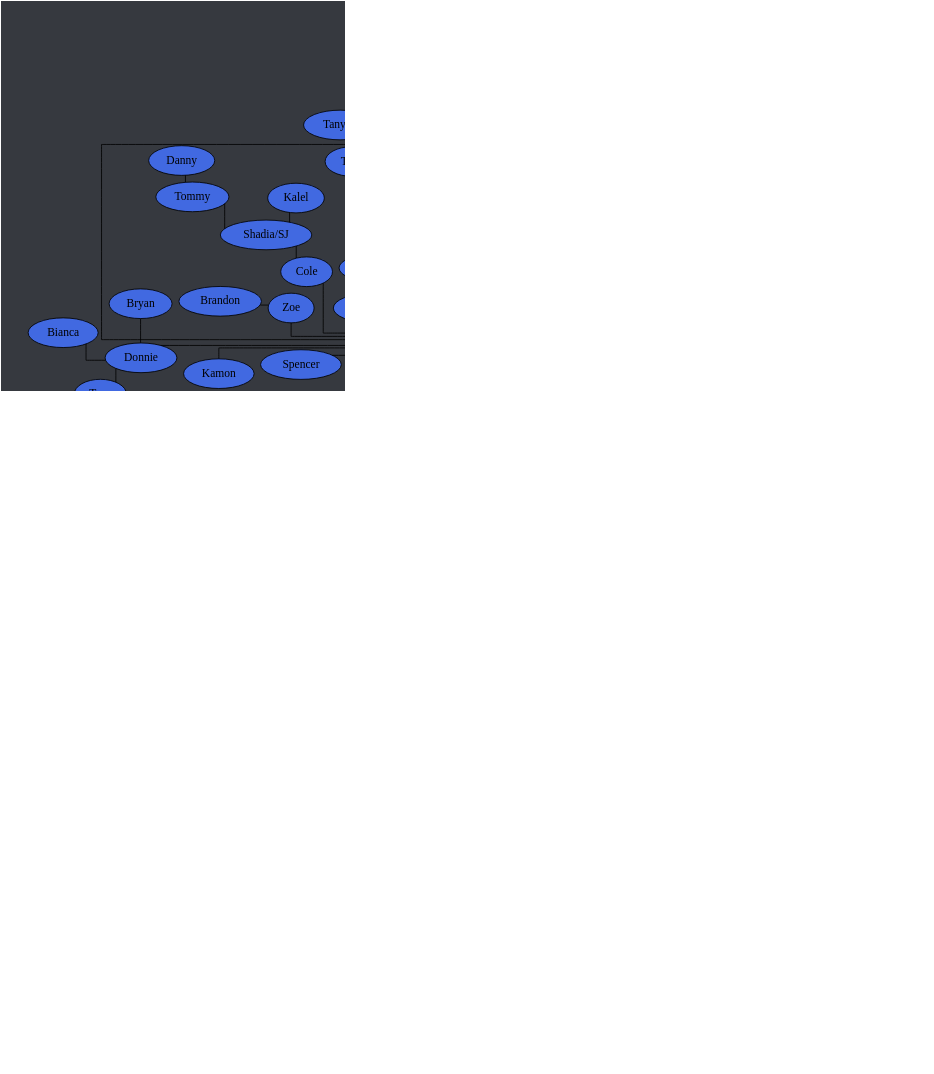
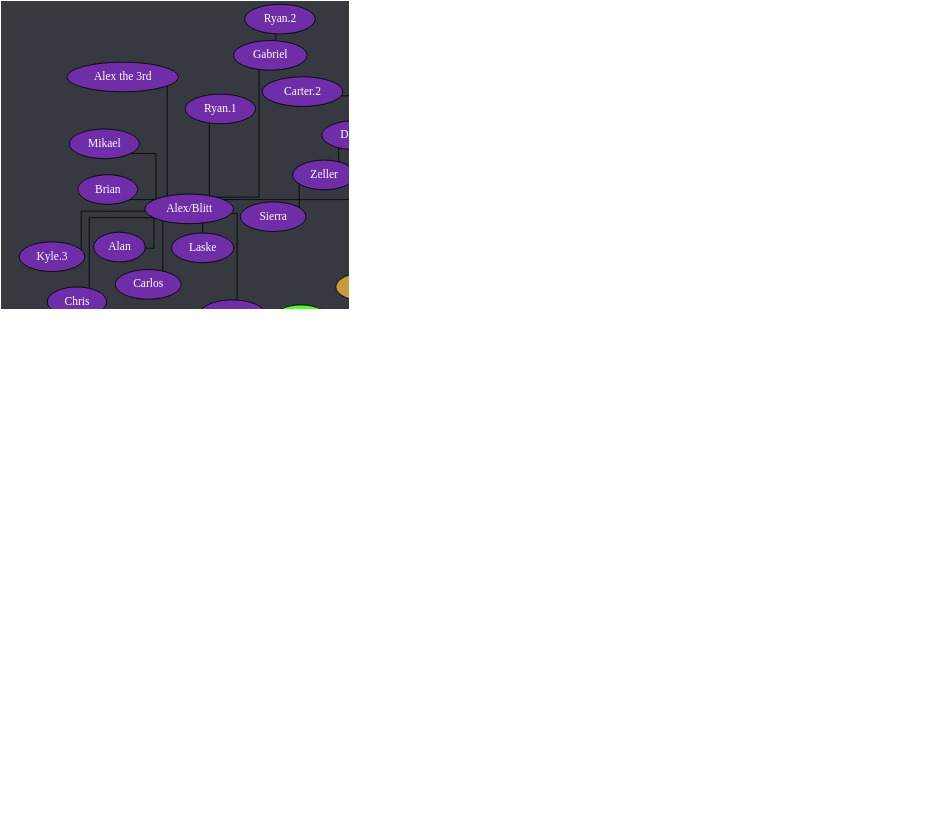
Before and after one commit to Documidas/CoronaCatzFamilyTree: the diagram in tree.dot, drawn with Graphviz. The commit also changed 1 other file, not shown here.

```diff
--- a/tree.dot
+++ b/tree.dot
@@ -1,179 +1,180 @@
 strict graph {
 	// Layout Configuration
 	layout = neato;
 	dpi = 200;
 	epsilon = 0.01;
 	mode = major;
 	model = subset;
 	overlap = false;
 	splines = ortho;
 	start = rand;
 
 	// Visual Configuration
 	graph [ truecolor=true bgcolor="#36393f" ];
 	node [ style=filled fillcolor="gray" fontcolor="black" ];
 
 	subgraph "Joel" {
 		node [ style=filled fillcolor="firebrick4" fontcolor="white" ];
 		Joel [ style=filled fillcolor="gold" fontcolor="black" ];
 
 		Cayla -- Ali;
 		Cayla -- Jonathan;
 		Cayla -- Kate;
 		Cayla -- Ranger;
 		Joel -- Anders;
 		Joel -- Cayla;
 		Joel -- Conner;
 		Joel -- Jared;
 		Joel -- Kat;
 		Joel -- Patrick;
 		Joel -- Steven;
 	}
 
 	subgraph "Anders" {
 		node [ style=filled fillcolor="green4" fontcolor="white" ];
 		// Anders [ style=filled fillcolor="green4" fontcolor="white" ];
 
 		Anders -- Chiara;
 		Anders -- Cody;
 		Anders -- Daniel;
 		Anders -- Derek;
 		Anders -- DJ;
 		Anders -- Hahnur;
 		Anders -- Jen;
 		Anders -- "Matt.2";
 		Anders -- Solis;
 		Anders -- Will;
 		Anders -- Wyatt;
 		Anders -- Zach;
 	}
 
 	subgraph "Jared" {
 		node [ style=filled fillcolor="royalblue" fontcolor="black" ];
 		// Jared [ style=filled fillcolor="royalblue" fontcolor="black" ];
 
 		Andrew -- Hannah;
 		Cole -- "Shadia/SJ";
 		Donnie -- Bianca;
 		Donnie -- Bryan;
 		Donnie -- Troy;
 		Greg -- Andrew;
 		Greg -- "Carter.1";
 		Greg -- Ina;
 		Greg -- "John Boi";
 		Greg -- Tails;
 		Greg -- Tanyon;
 		Hannah -- Raana;
 		Jared -- Brandi;
 		Jared -- Dave;
 		Jared -- Donnie;
 		Jared -- Fabi;
 		Jared -- "Jack.2";
 		Jared -- Cole;
 		Jared -- Kamon;
 		Jared -- Greg;
 		Jared -- Isabelle;
 		Jared -- Mason;
 		Jared -- "Matt.1";
 		Jared -- Mehmet;
 		Jared -- Nam;
 		Jared -- Pixie;
 		Jared -- Shannon;
 		Jared -- Spencer;
 		Jared -- Tyler;
 		Jared -- "Zach/Laniakea";
 		Jared -- Zoe;
 		"John Boi" -- Hardie;
 		"Shadia/SJ" -- Kalel;
 		"Shadia/SJ" -- Tommy;
 		Tommy -- Danny;
 		Troy -- Drake;
 		Tyler -- Gaby;
 		Zoe -- Brandon;
 	}
 
 	subgraph "Zach/Laniakea" {
 		node [ style=filled fillcolor="#4eff2c" fontcolor="black" ];
 		// "Zach/Laniakea" [ style=filled fillcolor="#4eff2c" fontcolor="black" ];
 
 		"Caio.2" -- "Kyle.1";
 		"Caio.2" -- Lucas;
 		Kuri -- "Andrew/Spook";
 		Kuri -- Jon;
 		Kuri -- Karma;
+		Kuri -- Ram;
 		"Ryan/Wenger" -- Gracie;
 		"Zach/Laniakea" -- Allen;
 		"Zach/Laniakea" -- "Caio.2";
 		"Zach/Laniakea" -- Colin;
 		"Zach/Laniakea" -- John;
 		"Zach/Laniakea" -- Logan;
 		"Zach/Laniakea" -- Kevin;
 		"Zach/Laniakea" -- Kuri;
 		"Zach/Laniakea" -- "Kyle.0";
 		"Zach/Laniakea" -- Mike;
 		"Zach/Laniakea" -- "Ryan/Wenger";
 		"Zach/Laniakea" -- "Ukko";
 	}
 
 	subgraph "John" {
 		node [ style=filled fillcolor="#c89b3c" fontcolor="black" ];
 		// John [ style=filled fillcolor="#c89b3c" fontcolor="black" ];
 
 		John -- Anna;
 		John -- Emily;
 		John -- Haber;
 		John -- Jay;
 		John -- "Jack.1";
 		John -- Lara;
 		John -- Monarch;
 		John -- Thomas;
 	}
 
 	subgraph "John-stream" {
 		// node [ style=filled fillcolor="#9147ff" fontcolor="black" ];
 		node [ style=filled fillcolor="#c89b3c" fontcolor="black" ];
 
 		John -- "Michael/Wheezy";
 	}
 
 	subgraph "Thomas" {
 		node [ style=filled fillcolor="#b04900" fontcolor="black" ];
 		// Thomas [ style=filled fillcolor="#b04900" fontcolor="black" ];
 
 		Thomas -- Alex;
 		Thomas -- Bob;
 		Thomas -- Dre;
 		Thomas -- JD;
 		Thomas -- Josh;
 		Thomas -- Juan;
 		Thomas -- Taylor;
 		Thomas -- Tony;
 		Thomas -- Travis;
 	}
 
 	subgraph "Alex" {
 		node [ style=filled fillcolor="#6f2da8" fontcolor="white" ];
 		// Alex [ style=filled fillcolor="#6f2da8" fontcolor="black" ];
 
 		Alex -- "Alex/Blitt";
 		Alex -- "Da'Von";
 		Alex -- Sam;
 		"Alex/Blitt" -- Alan;
 		"Alex/Blitt" -- "Alex the 3rd";
 		"Alex/Blitt" -- Brian;
 		"Alex/Blitt" -- Carlos;
 		"Alex/Blitt" -- Chris;
 		"Alex/Blitt" -- Gabriel;
 		"Alex/Blitt" -- "Kyle.3";
 		"Alex/Blitt" -- Laske;
 		"Alex/Blitt" -- Mikael;
 		"Alex/Blitt" -- "Ryan.1";
 		"Alex/Blitt" -- "Sam.2";
 		"Da'Von" -- Dalton;
 		"Da'Von" -- Zeller;
 		Dalton -- "Carter.2";
 		Dalton -- Graysen;
 		Gabriel -- "Ryan.2";
 		Zeller -- Sierra;
 	}
 }
```
